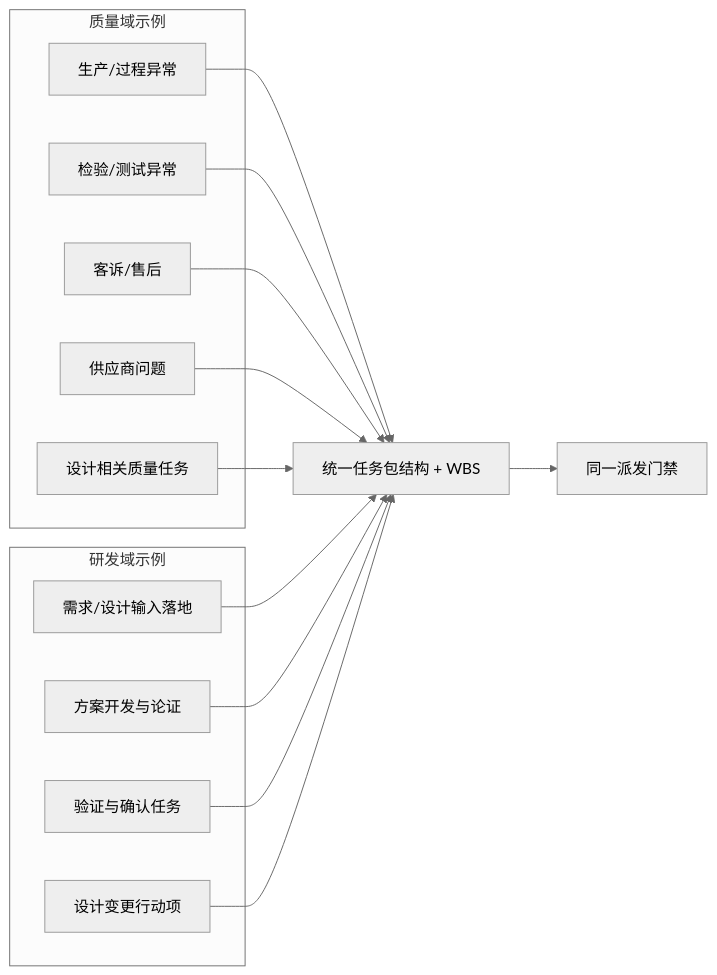
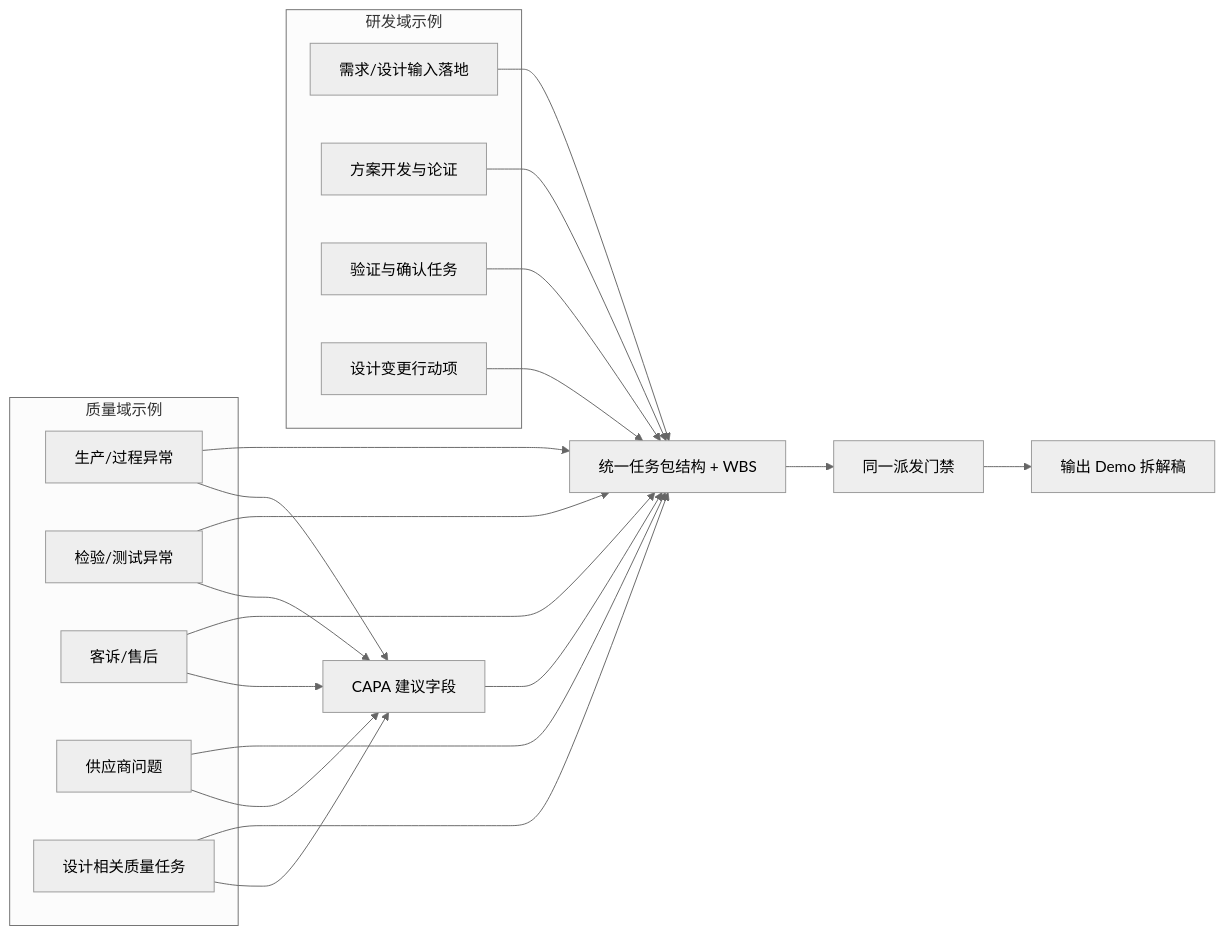
One commit to LeoHimself10/manage_robot changed the seventh of 7 diagrams in docs/PRD-钉钉任务规划与承接确认机器人-场景流程图.md. Above: the diagram before and after it, drawn with Mermaid (neutral theme). The commit also changed other lines of this file and 2 other files, not shown here.

First line of the commit message:
docs: update task planning demo MVP scope

````diff
--- a/docs/PRD-钉钉任务规划与承接确认机器人-场景流程图.md
+++ b/docs/PRD-钉钉任务规划与承接确认机器人-场景流程图.md
@@ -141,19 +139,22 @@
 ```mermaid
 flowchart LR
   subgraph 质量域示例
     Q1[生产/过程异常]
     Q2[检验/测试异常]
     Q3[客诉/售后]
     Q4[供应商问题]
     Q5[设计相关质量任务]
   end
   subgraph 研发域示例
     R1[需求/设计输入落地]
     R2[方案开发与论证]
     R3[验证与确认任务]
     R4[设计变更行动项]
   end
   Q1 & Q2 & Q3 & Q4 & Q5 --> WBS[统一任务包结构 + WBS]
   R1 & R2 & R3 & R4 --> WBS
+  Q1 & Q2 & Q3 & Q4 & Q5 --> CAPA[CAPA 建议字段]
+  CAPA --> WBS
   WBS --> GATE[同一派发门禁]
+  GATE --> OUT[输出 Demo 拆解稿]
 ```
````
